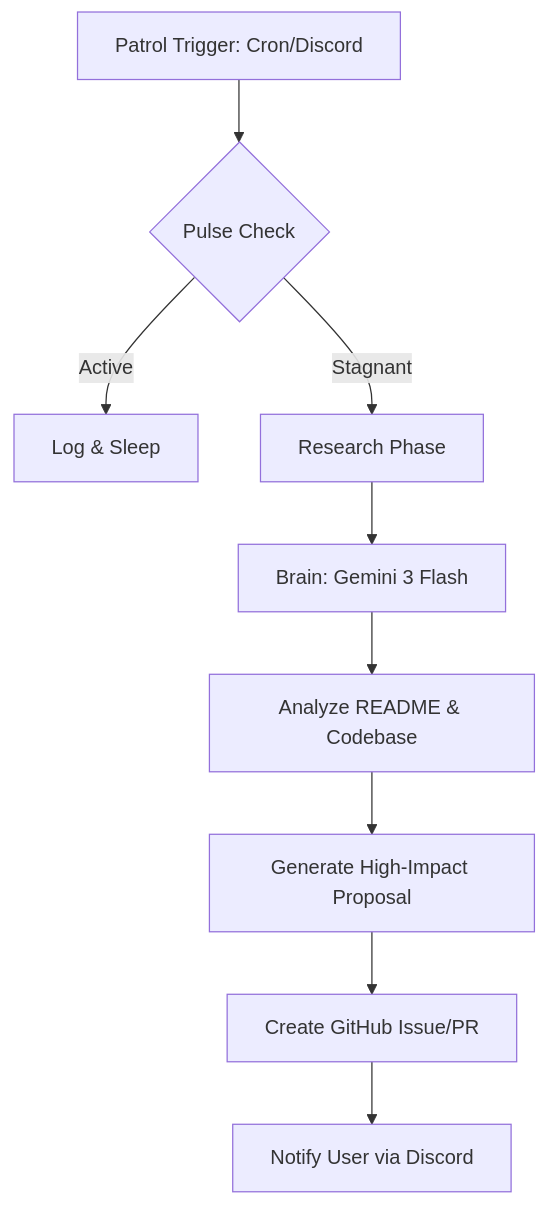
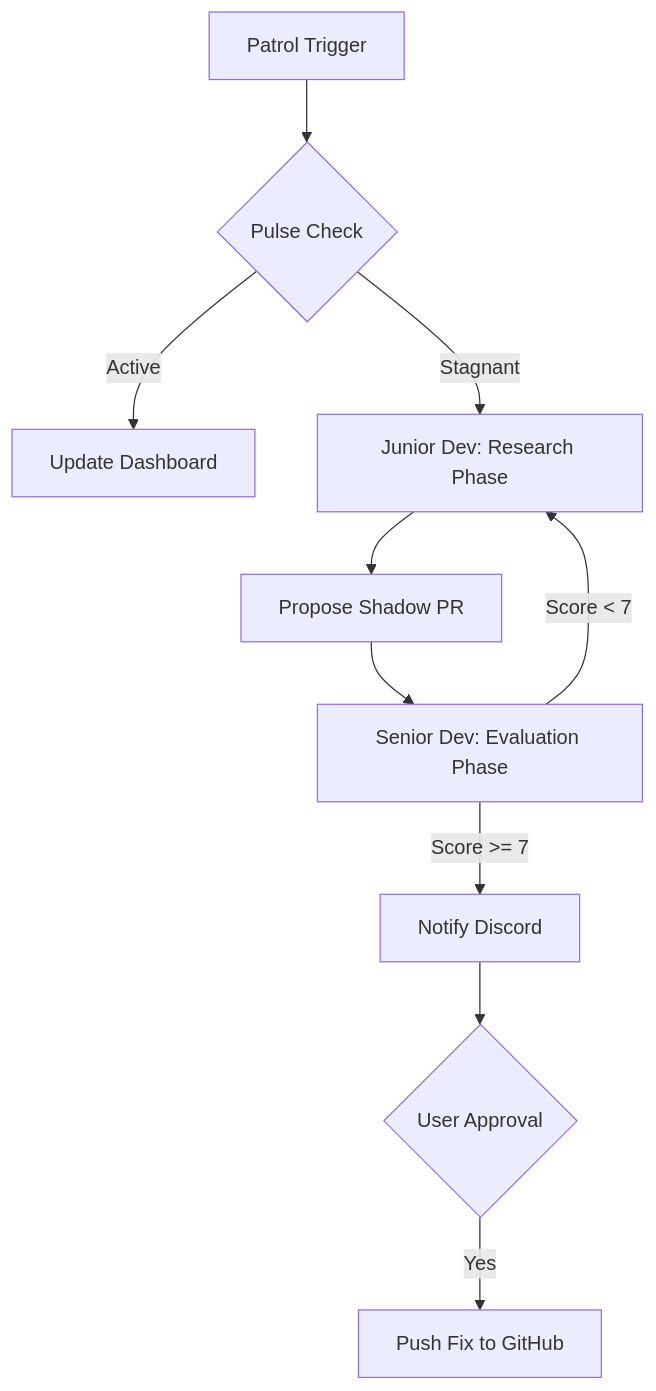
Before and after one commit to nashy3k/momentum-shadow-dev: the first of 2 diagrams in README.md, drawn with Mermaid. The commit also changed other lines of this file, not shown here.

````diff
--- a/README.md
+++ b/README.md
@@ -11,11 +13,12 @@
 ```mermaid
 flowchart TD
-    Start[Patrol Trigger: Cron/Discord] --> Check{Pulse Check}
-    Check -- Active --> Sleep[Log & Sleep]
-    Check -- Stagnant --> Research[Research Phase]
-    Research --> Brain[Brain: Gemini 3 Flash]
-    Brain --> Analyze[Analyze README & Codebase]
-    Analyze --> Propose[Generate High-Impact Proposal]
-    Propose --> Issue[Create GitHub Issue/PR]
-    Issue --> Notify[Notify User via Discord]
+    Start[Patrol Trigger] --> Check{Pulse Check}
+    Check -- Active --> Sync[Update Dashboard]
+    Check -- Stagnant --> Research[Junior Dev: Research Phase]
+    Research --> Gen[Propose Shadow PR]
+    Gen --> Eval[Senior Dev: Evaluation Phase]
+    Eval -- Score < 7 --> Research
+    Eval -- Score >= 7 --> Notify[Notify Discord]
+    Notify --> Approve{User Approval}
+    Approve -- Yes --> Push[Push Fix to GitHub]
 ```
````
